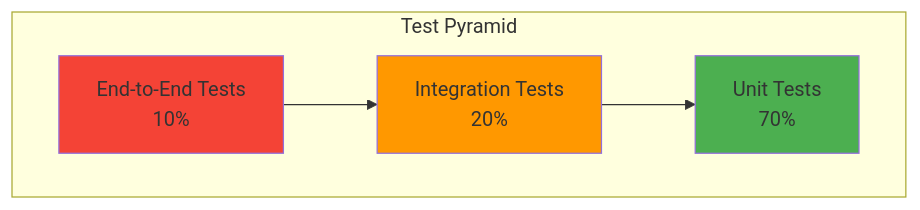
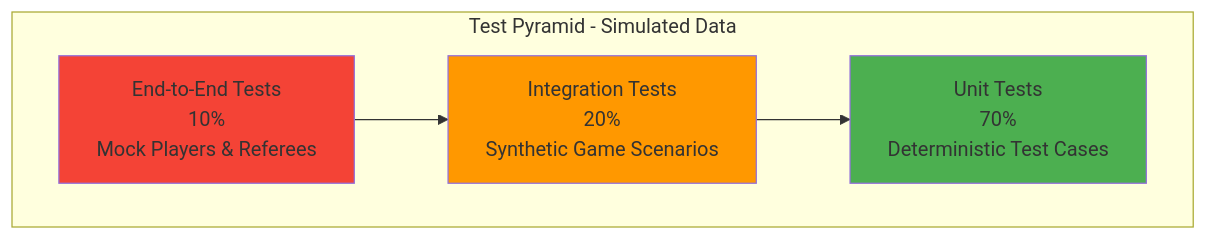
One commit to fouada/Assignment7_mcp-multi-agent-game changed diagram 16 of 31 in README.md. Above: the diagram before and after it, drawn with Mermaid. The commit also changed other lines of this file and 1 other file, not shown here.

````diff
--- a/README.md
+++ b/README.md
@@ -816,15 +1078,15 @@
 ```mermaid
 graph TB
-    subgraph "Test Pyramid"
-        E2E[End-to-End Tests<br/>10%]
-        INT[Integration Tests<br/>20%]
-        UNIT[Unit Tests<br/>70%]
+    subgraph "Test Pyramid - Simulated Data"
+        E2E[End-to-End Tests<br/>10%<br/>Mock Players & Referees]
+        INT[Integration Tests<br/>20%<br/>Synthetic Game Scenarios]
+        UNIT[Unit Tests<br/>70%<br/>Deterministic Test Cases]
     end
     
     E2E --> INT
     INT --> UNIT
     
     style E2E fill:#F44336
     style INT fill:#FF9800
     style UNIT fill:#4CAF50
 ```
````
